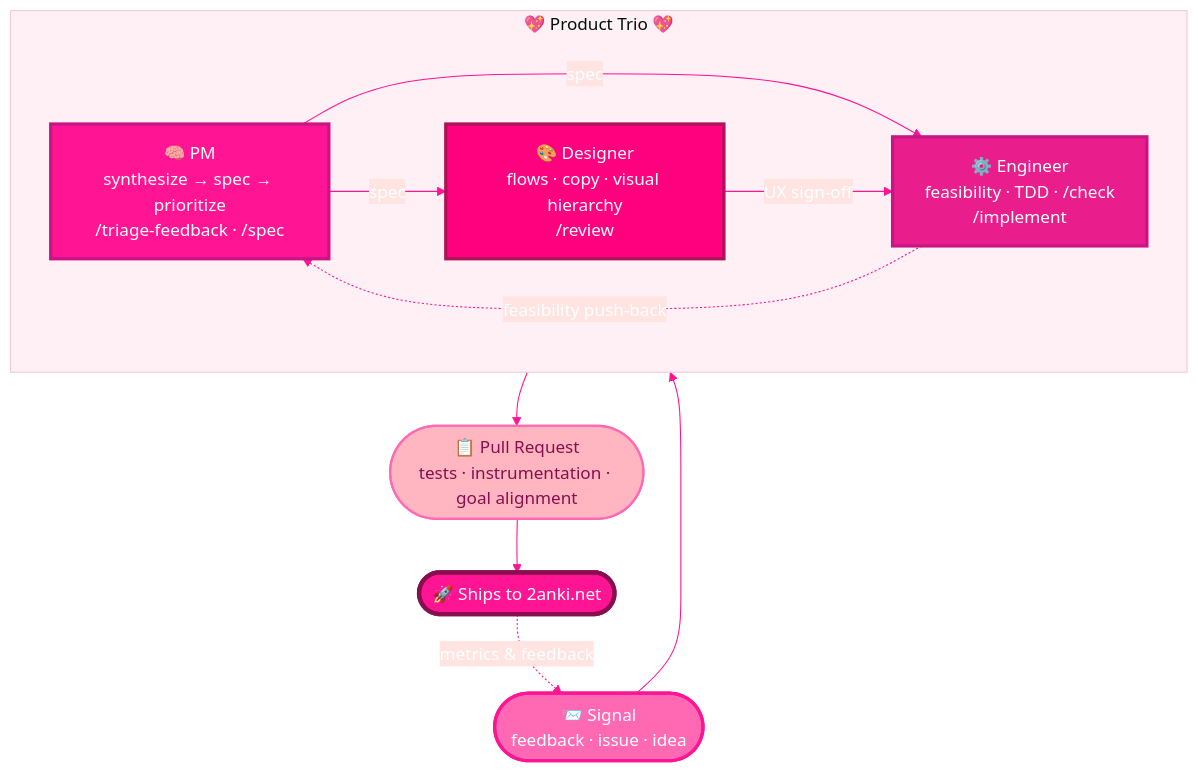
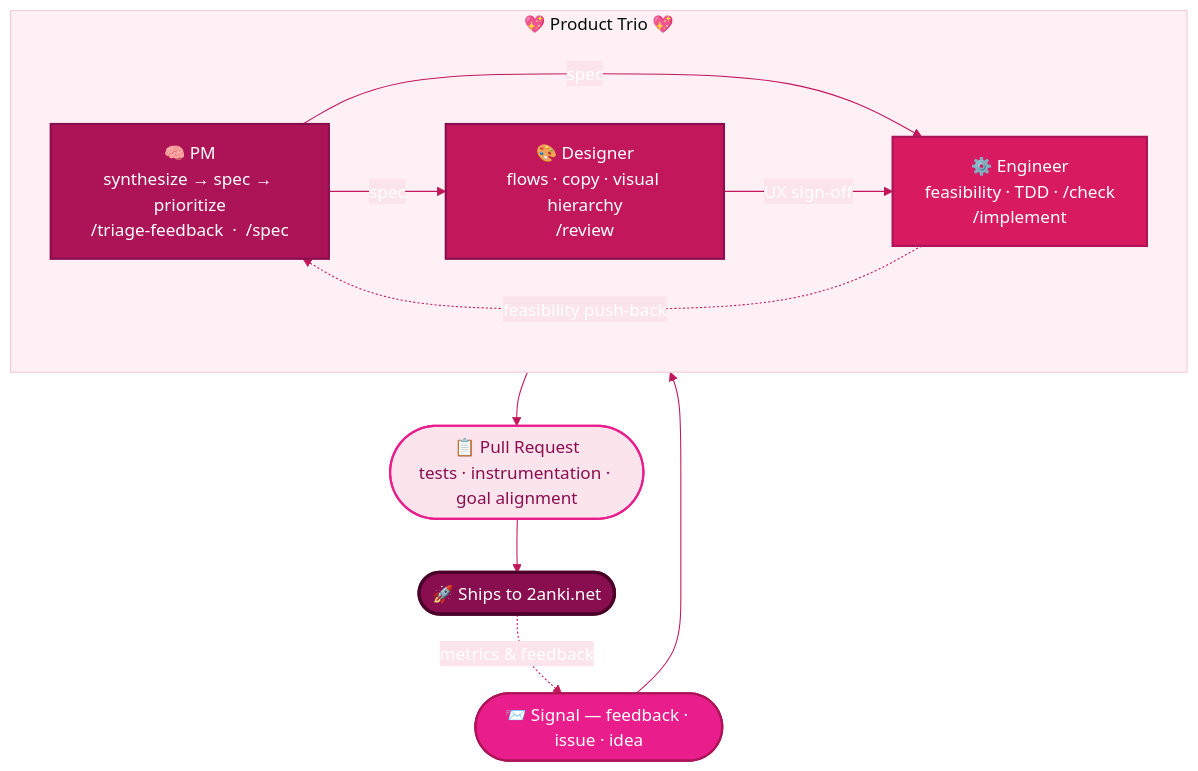
The diagram in README.md (2anki/server), drawn with Mermaid before and after one commit.

Commit message:
docs: fix diagram contrast — darken fills, fix edge label visibility
- Signal node: #FF69B4 → #E91E8C (2.8:1 → 5.7:1 with white text)
- PM/Engineer: #FF1493/#E91E8C → #AD1457/#D81B60 (borderline → 9.8:1/6.8:1)
- Designer: #FF007F → #C2185B (cleaner 8.4:1)
- Ship: #FF1493 → #880E4F (deep rose, 14:1 with white)
- Edge labels: set textColor #880E4F and edgeLabelBackground #FCE4EC
  so arrow labels are readable instead of white-on-blush
- Uniform stroke-width:2px across trio nodes, 3px on ship only

````diff
--- a/README.md
+++ b/README.md
@@ -36,31 +36,31 @@
 ```mermaid
-%%{init: {'theme': 'base', 'themeVariables': {'primaryColor': '#FF69B4', 'primaryTextColor': '#fff', 'primaryBorderColor': '#FF1493', 'lineColor': '#FF1493', 'secondaryColor': '#FFB6C1', 'tertiaryColor': '#FFF0F5', 'clusterBkg': '#FFF0F5', 'edgeLabelBackground': '#FFE4E1'}}}%%
+%%{init: {'theme': 'base', 'themeVariables': {'primaryColor': '#E91E8C', 'primaryTextColor': '#fff', 'primaryBorderColor': '#AD1457', 'lineColor': '#C2185B', 'tertiaryColor': '#FFF0F5', 'clusterBkg': '#FFF0F5', 'edgeLabelBackground': '#FCE4EC', 'textColor': '#880E4F'}}}%%
 flowchart TD
-    IN([📨 Signal\nfeedback · issue · idea]):::signal
+    IN([📨 Signal — feedback · issue · idea]):::signal
 
     subgraph trio ["💖 Product Trio 💖"]
         direction LR
-        PM["🧠 PM\nsynthesize → spec → prioritize\n/triage-feedback · /spec"]:::pmNode
+        PM["🧠 PM\nsynthesize → spec → prioritize\n/triage-feedback  ·  /spec"]:::pmNode
         D["🎨 Designer\nflows · copy · visual hierarchy\n/review"]:::designerNode
         E["⚙️ Engineer\nfeasibility · TDD · /check\n/implement"]:::engineerNode
 
         PM -->|spec| D
         PM -->|spec| E
         D -->|UX sign-off| E
         E -.->|feasibility push-back| PM
     end
 
     PR(["📋 Pull Request\ntests · instrumentation · goal alignment"]):::prNode
     SHIP(["🚀 Ships to 2anki.net"]):::shipNode
 
     IN --> PM
     E --> PR --> SHIP
     SHIP -.->|metrics & feedback| IN
 
-    classDef signal fill:#FF69B4,stroke:#FF1493,color:#fff,stroke-width:3px
-    classDef pmNode fill:#FF1493,stroke:#C71585,color:#fff,stroke-width:3px
-    classDef designerNode fill:#FF007F,stroke:#AD1457,color:#fff,stroke-width:3px
-    classDef engineerNode fill:#E91E8C,stroke:#C71585,color:#fff,stroke-width:3px
-    classDef prNode fill:#FFB6C1,stroke:#FF69B4,color:#880E4F,stroke-width:2px
-    classDef shipNode fill:#FF1493,stroke:#880E4F,color:#fff,stroke-width:4px
+    classDef signal fill:#E91E8C,stroke:#AD1457,color:#fff,stroke-width:2px
+    classDef pmNode fill:#AD1457,stroke:#880E4F,color:#fff,stroke-width:2px
+    classDef designerNode fill:#C2185B,stroke:#880E4F,color:#fff,stroke-width:2px
+    classDef engineerNode fill:#D81B60,stroke:#AD1457,color:#fff,stroke-width:2px
+    classDef prNode fill:#FCE4EC,stroke:#E91E8C,color:#880E4F,stroke-width:2px
+    classDef shipNode fill:#880E4F,stroke:#4A0028,color:#fff,stroke-width:3px
 ```
````
